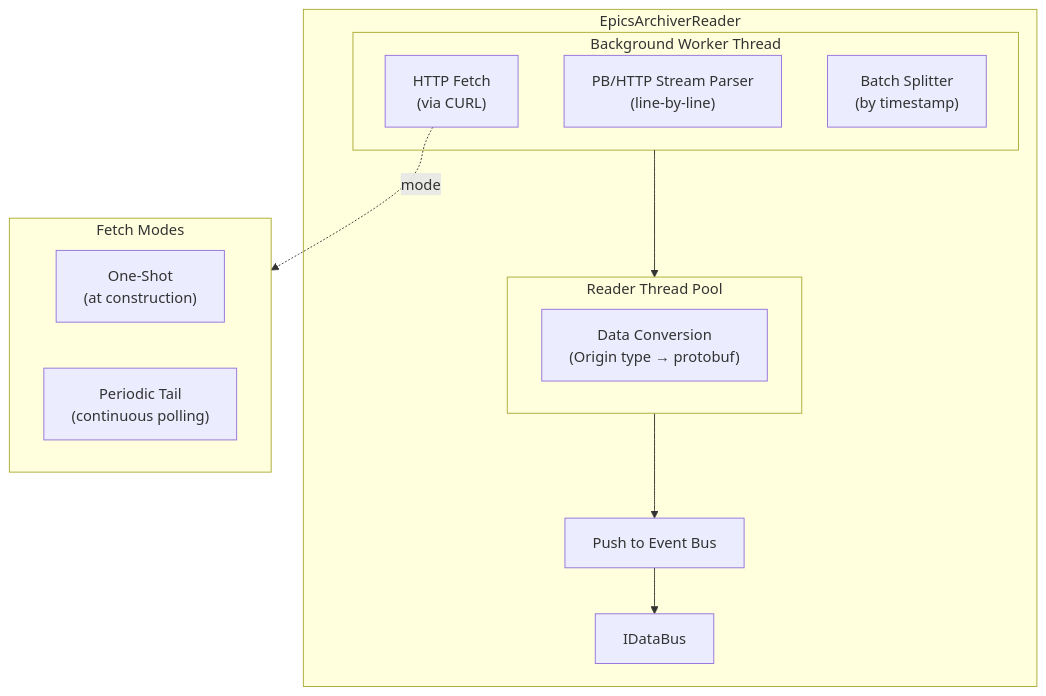
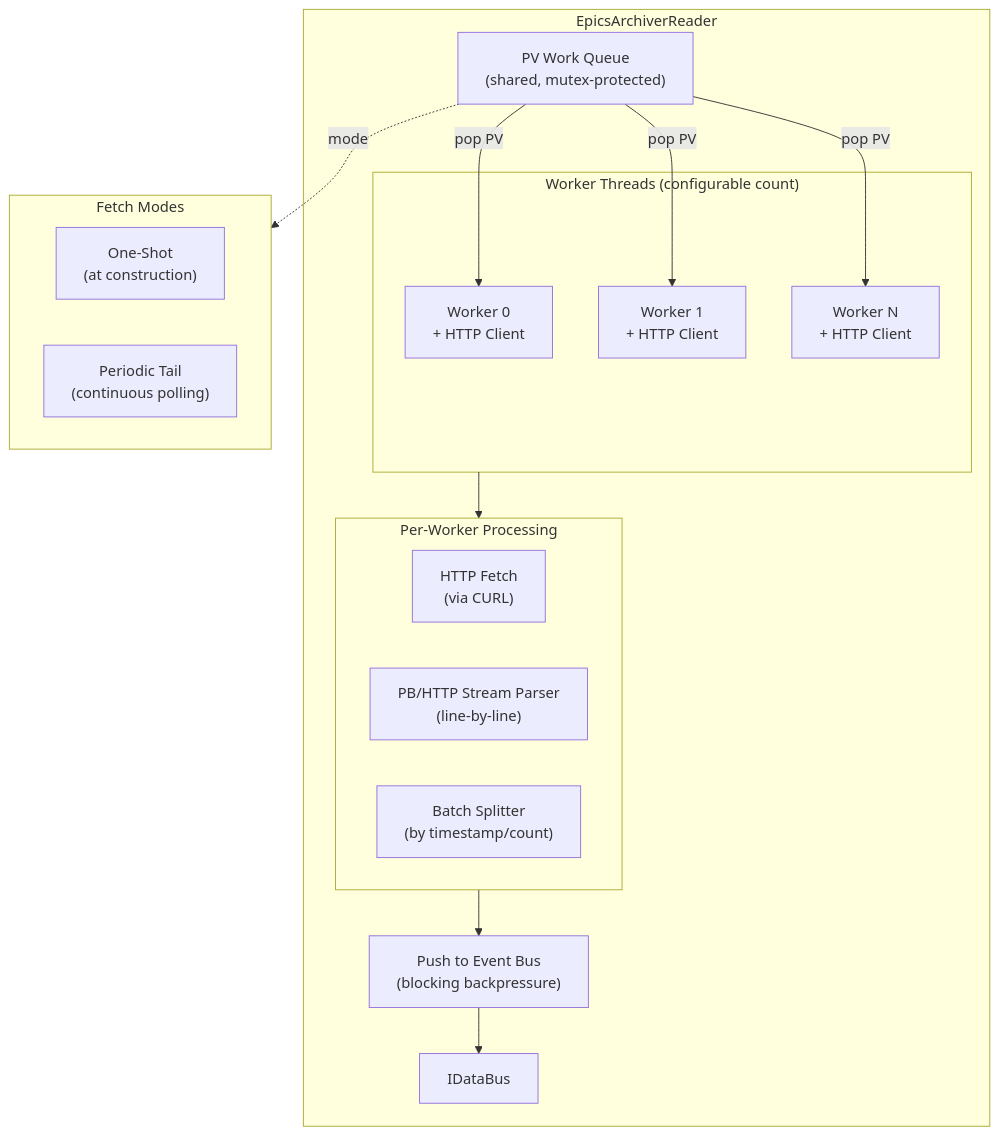
Before and after one commit to slaclab/mldp-pvxs-driver: the diagram in docs/readers/epics-archiver-reader.md, drawn with Mermaid. The commit also changed other lines of this file and 551 other files, not shown here.

````diff
--- a/docs/readers/epics-archiver-reader.md
+++ b/docs/readers/epics-archiver-reader.md
@@ -17,26 +25,33 @@
 ```mermaid
 flowchart TB
     subgraph EpicsArchiverReader["EpicsArchiverReader"]
-        subgraph Worker["Background Worker Thread"]
+        Queue["PV Work Queue<br/>(shared, mutex-protected)"]
+
+        subgraph Workers["Worker Threads (configurable count)"]
+            W0["Worker 0<br/>+ HTTP Client"]
+            W1["Worker 1<br/>+ HTTP Client"]
+            WN["Worker N<br/>+ HTTP Client"]
+        end
+
+        Queue -->|pop PV| W0
+        Queue -->|pop PV| W1
+        Queue -->|pop PV| WN
+
+        subgraph Processing["Per-Worker Processing"]
             Fetch["HTTP Fetch<br/>(via CURL)"]
             Parse["PB/HTTP Stream Parser<br/>(line-by-line)"]
-            Batch["Batch Splitter<br/>(by timestamp)"]
+            Batch["Batch Splitter<br/>(by timestamp/count)"]
         end
 
-        Worker --> ReaderPool
-
-        subgraph ReaderPool["Reader Thread Pool"]
-            Convert["Data Conversion<br/>(Origin type → protobuf)"]
-        end
-
-        ReaderPool --> Push["Push to Event Bus"]
+        Workers --> Processing
+        Processing --> Push["Push to Event Bus<br/>(blocking backpressure)"]
         Push --> Bus["IDataBus"]
     end
 
     subgraph Modes["Fetch Modes"]
         Historical["One-Shot<br/>(at construction)"]
         Periodic["Periodic Tail<br/>(continuous polling)"]
     end
 
-    Fetch -.->|mode| Modes
+    Queue -.->|mode| Modes
 ```
````
